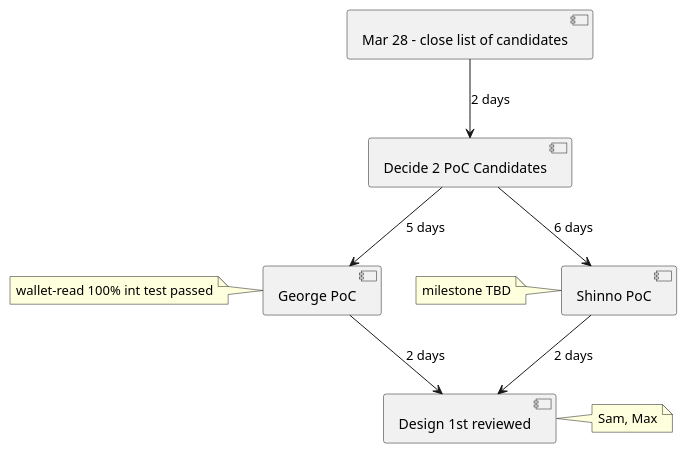
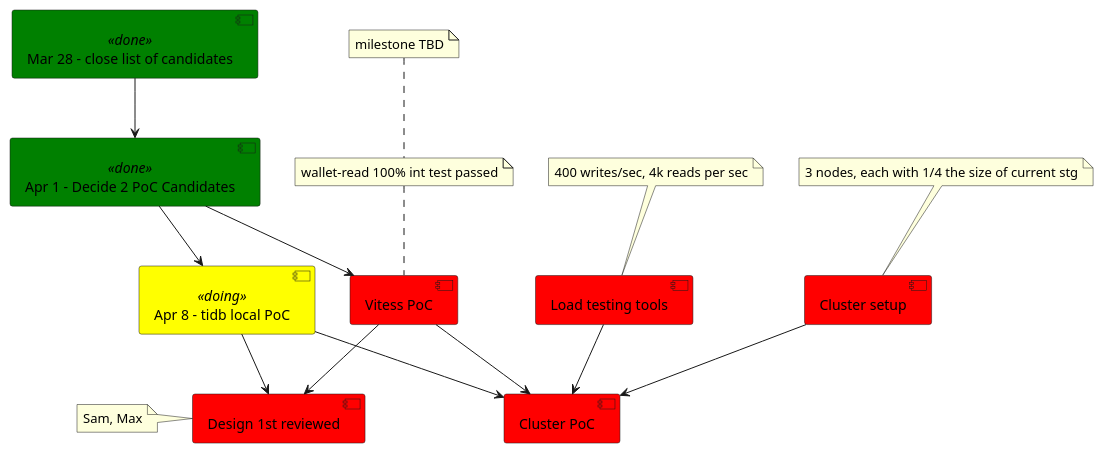
One commit to george24601/notes changed the second of 2 diagrams in pm/plan.plantuml. Above: the diagram before and after it, drawn with PlantUML. The commit also changed other lines of this file and 8 other files, not shown here.

```diff
--- a/pm/plan.plantuml
+++ b/pm/plan.plantuml
@@ -13,10 +14,29 @@
 @startuml
-[Mar 28 - close list of candidates] --> [Decide 2 PoC Candidates]: 2 days 
-[Decide 2 PoC Candidates] --> [George PoC]: 5 days
-note left: wallet-read 100% int test passed
-[Decide 2 PoC Candidates] --> [Shinno PoC]: 6 days 
-note left: milestone TBD
-[George PoC] -->[Design 1st reviewed]: 2 days
-[Shinno PoC] -->[Design 1st reviewed]: 2 days
-note right: Sam, Max
+
+skinparam component {
+	backgroundColor<<done>> Green
+	backgroundColor<<doing>> Yellow
+	backgroundColor Red
+}
+[Mar 28 - close list of candidates] <<done>>
+[Apr 1 - Decide 2 PoC Candidates]  <<done>>
+[Apr 8 - tidb local PoC] <<doing>>
+
+[Load testing tools] --> [Cluster PoC]
+note top of [Load testing tools]: 400 writes/sec, 4k reads per sec
+
+[Cluster setup] --> [Cluster PoC]
+note top of [Cluster setup]: 3 nodes, each with 1/4 the size of current stg
+
+[Apr 8 - tidb local PoC] --> [Cluster PoC]
+[Vitess PoC] --> [Cluster PoC]
+
+[Mar 28 - close list of candidates] --> [Apr 1 - Decide 2 PoC Candidates]
+[Apr 1 - Decide 2 PoC Candidates] --> [Apr 8 - tidb local PoC]
+note top: wallet-read 100% int test passed
+[Apr 1 - Decide 2 PoC Candidates] --> [Vitess PoC]
+note top: milestone TBD
+[Apr 8 - tidb local PoC] -->[Design 1st reviewed]
+[Vitess PoC] -->[Design 1st reviewed]
+note left of [Design 1st reviewed]: Sam, Max
 @enduml
```
